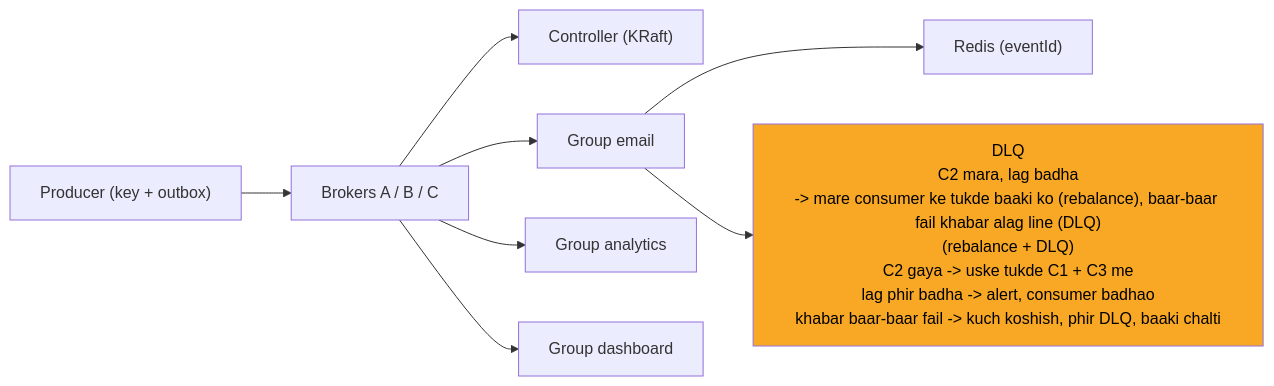
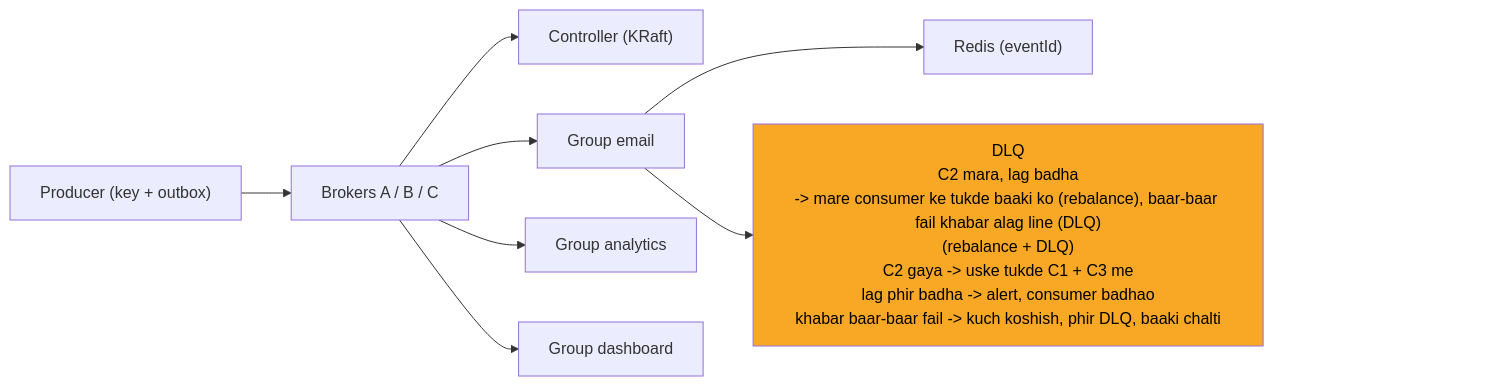
Before and after one commit to ArpanMaheshwari144/Prep: the tenth of 12 diagrams in 04_HLD/SYSTEM_DESIGNS/12_message_queue_kafka/12_message_queue_kafka.md, drawn with Mermaid. The commit also changed other lines of this file and 13 other files, not shown here.

Commit message:
hld 14 file: har diagram ke daayein andekha dabba, zoom button asli dabbe pe na aaye

````diff
--- a/04_HLD/SYSTEM_DESIGNS/12_message_queue_kafka/12_message_queue_kafka.md
+++ b/04_HLD/SYSTEM_DESIGNS/12_message_queue_kafka/12_message_queue_kafka.md
@@ -366,20 +393,23 @@
 ```mermaid
 %%{init: {"flowchart": {"wrappingWidth": 450}}}%%
 flowchart LR
     n_P["Producer (key + outbox)"]
     n_B["Brokers A / B / C"]
     n_K["Controller (KRaft)"]
     n_GE["Group email"]
     n_R["Redis (eventId)"]
     n_DLQ["DLQ<br/>C2 mara, lag badha<br/>-> mare consumer ke tukde baaki ko (rebalance), baar-baar fail khabar alag line (DLQ)<br/>(rebalance + DLQ)<br/>C2 gaya -> uske tukde C1 + C3 me<br/>lag phir badha -> alert, consumer badhao<br/>khabar baar-baar fail -> kuch koshish, phir DLQ, baaki chalti"]
     n_GA["Group analytics"]
     n_GD["Group dashboard"]
     n_P --> n_B
     n_B --> n_K
     n_B --> n_GE
     n_B --> n_GA
     n_B --> n_GD
     n_GE --> n_R
     n_GE --> n_DLQ
+    n_pad["xxxxxxxxxxxxxxxx"]
+    n_DLQ ~~~ n_pad
     style n_DLQ fill:#f9a825,color:#000
+    style n_pad fill:none,stroke:none,color:#ffffff00
 ```
````
